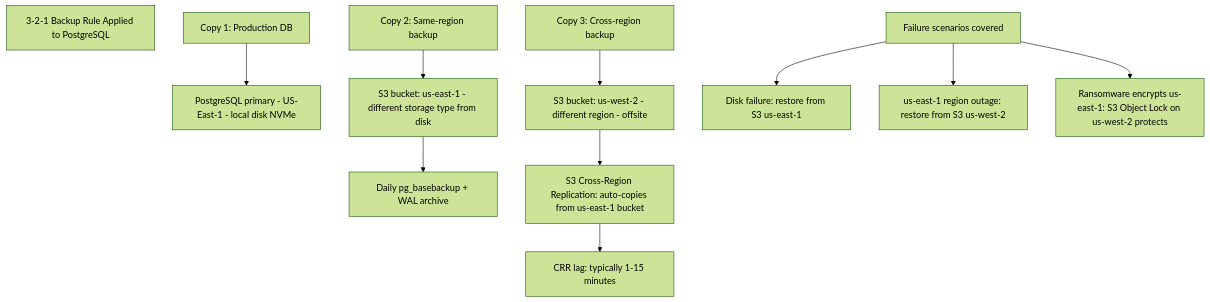
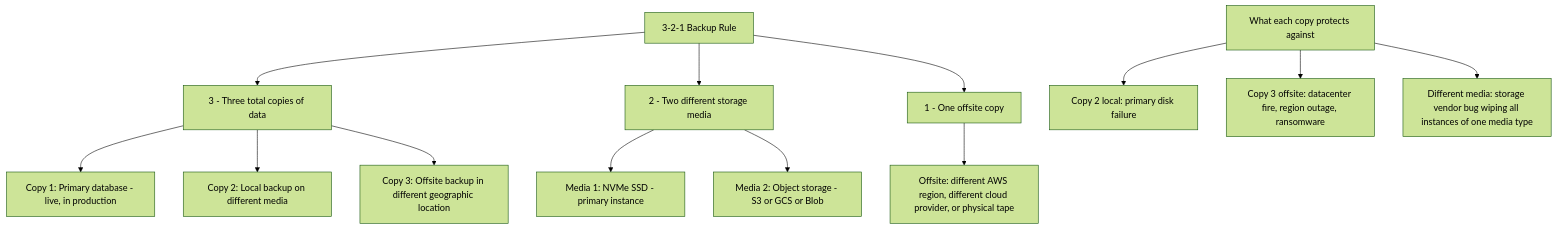
One commit to gauravprwl14/system-design-course changed the seventh of 11 diagrams in docs-site/content/12-interview-prep/question-bank/databases/database-backup-recovery.md. Above: the diagram before and after it, drawn with Mermaid (forest theme). The commit also changed other lines of this file and 3 other files, not shown here.

Commit message:
feat(question-bank): add cache-stampede, database-backup-recovery, oauth2-oidc

````diff
--- a/docs-site/content/12-interview-prep/question-bank/databases/database-backup-recovery.md
+++ b/docs-site/content/12-interview-prep/question-bank/databases/database-backup-recovery.md
@@ -356,21 +306,21 @@
 ```mermaid
 graph TD
-  A[3-2-1 Backup Rule Applied to PostgreSQL]
+  A[3-2-1 Backup Rule]
 
-  B[Copy 1: Production DB]
-  B --> C[PostgreSQL primary - US-East-1 - local disk NVMe]
+  A --> B[3 - Three total copies of data]
+  B --> B1[Copy 1: Primary database - live, in production]
+  B --> B2[Copy 2: Local backup on different media]
+  B --> B3[Copy 3: Offsite backup in different geographic location]
 
-  D[Copy 2: Same-region backup]
-  D --> E[S3 bucket: us-east-1 - different storage type from disk]
-  E --> F[Daily pg_basebackup + WAL archive]
+  A --> C[2 - Two different storage media]
+  C --> C1[Media 1: NVMe SSD - primary instance]
+  C --> C2[Media 2: Object storage - S3 or GCS or Blob]
 
-  G[Copy 3: Cross-region backup]
-  G --> H[S3 bucket: us-west-2 - different region - offsite]
-  H --> I[S3 Cross-Region Replication: auto-copies from us-east-1 bucket]
-  I --> J[CRR lag: typically 1-15 minutes]
+  A --> D[1 - One offsite copy]
+  D --> D1[Offsite: different AWS region, different cloud provider, or physical tape]
 
-  K[Failure scenarios covered]
-  K --> L[Disk failure: restore from S3 us-east-1]
-  K --> M[us-east-1 region outage: restore from S3 us-west-2]
-  K --> N[Ransomware encrypts us-east-1: S3 Object Lock on us-west-2 protects]
+  E[What each copy protects against]
+  E --> F[Copy 2 local: primary disk failure]
+  E --> G[Copy 3 offsite: datacenter fire, region outage, ransomware]
+  E --> H[Different media: storage vendor bug wiping all instances of one media type]
 ```
````
